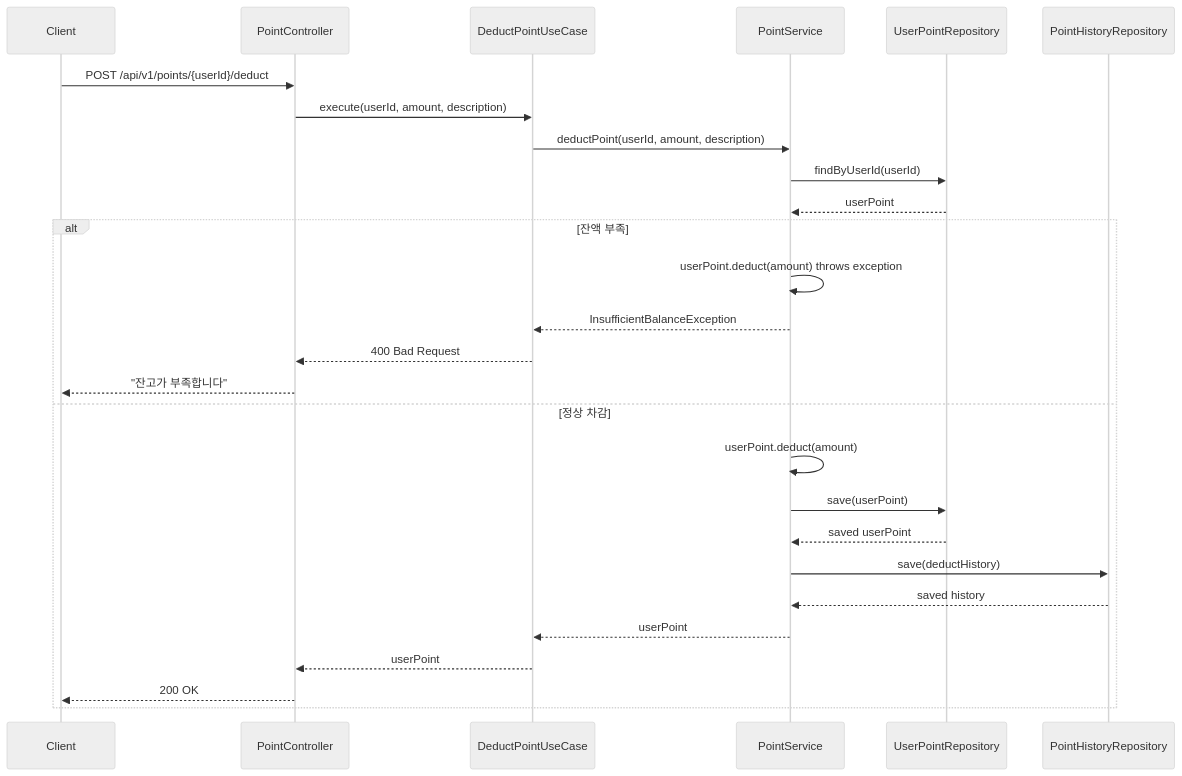
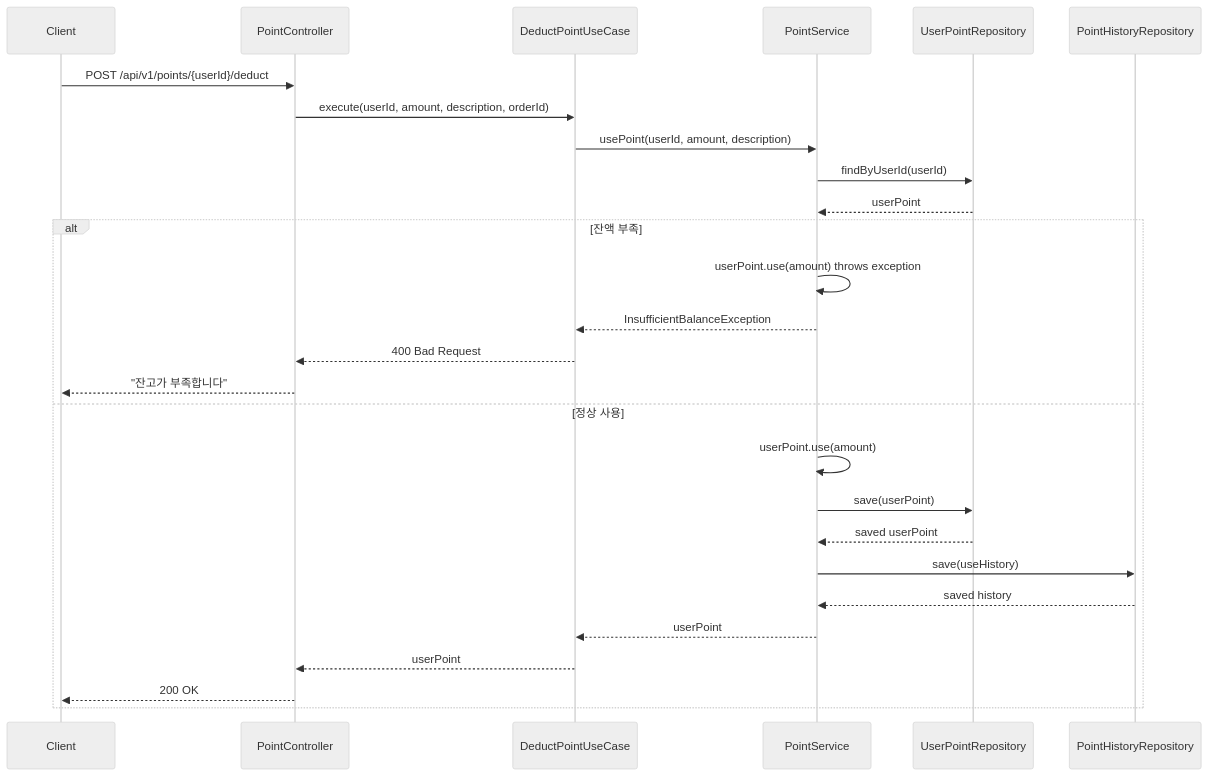
The second of 3 diagrams in ecommerce/docs/api/sequences/point/point-api.md (jay05410/hanghae10-for-study), drawn with Mermaid (neutral theme) before and after one commit. The commit also changed other lines of this file and 29 other files, not shown here.

````diff
--- a/ecommerce/docs/api/sequences/point/point-api.md
+++ b/ecommerce/docs/api/sequences/point/point-api.md
@@ -199,34 +221,34 @@
 ```mermaid
 sequenceDiagram
     participant Client
     participant PointController
     participant DeductPointUseCase
     participant PointService
     participant UserPointRepository
     participant PointHistoryRepository
 
     Client->>PointController: POST /api/v1/points/{userId}/deduct
-    PointController->>DeductPointUseCase: execute(userId, amount, description)
+    PointController->>DeductPointUseCase: execute(userId, amount, description, orderId)
 
-    DeductPointUseCase->>PointService: deductPoint(userId, amount, description)
+    DeductPointUseCase->>PointService: usePoint(userId, amount, description)
     PointService->>UserPointRepository: findByUserId(userId)
     UserPointRepository-->>PointService: userPoint
 
     alt 잔액 부족
-        PointService->>PointService: userPoint.deduct(amount) throws exception
+        PointService->>PointService: userPoint.use(amount) throws exception
         PointService-->>DeductPointUseCase: InsufficientBalanceException
         DeductPointUseCase-->>PointController: 400 Bad Request
         PointController-->>Client: "잔고가 부족합니다"
-    else 정상 차감
-        PointService->>PointService: userPoint.deduct(amount)
+    else 정상 사용
+        PointService->>PointService: userPoint.use(amount)
         PointService->>UserPointRepository: save(userPoint)
         UserPointRepository-->>PointService: saved userPoint
 
-        PointService->>PointHistoryRepository: save(deductHistory)
+        PointService->>PointHistoryRepository: save(useHistory)
         PointHistoryRepository-->>PointService: saved history
 
         PointService-->>DeductPointUseCase: userPoint
         DeductPointUseCase-->>PointController: userPoint
         PointController-->>Client: 200 OK
     end
 ```
````
